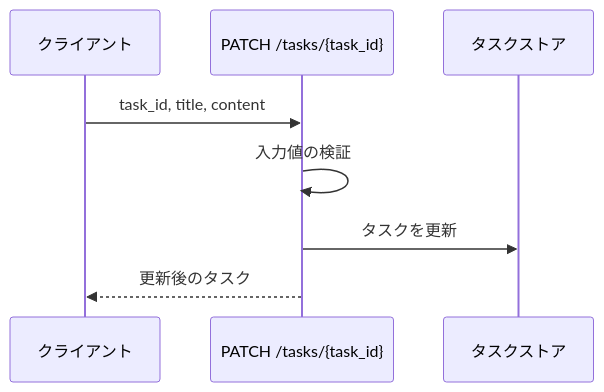
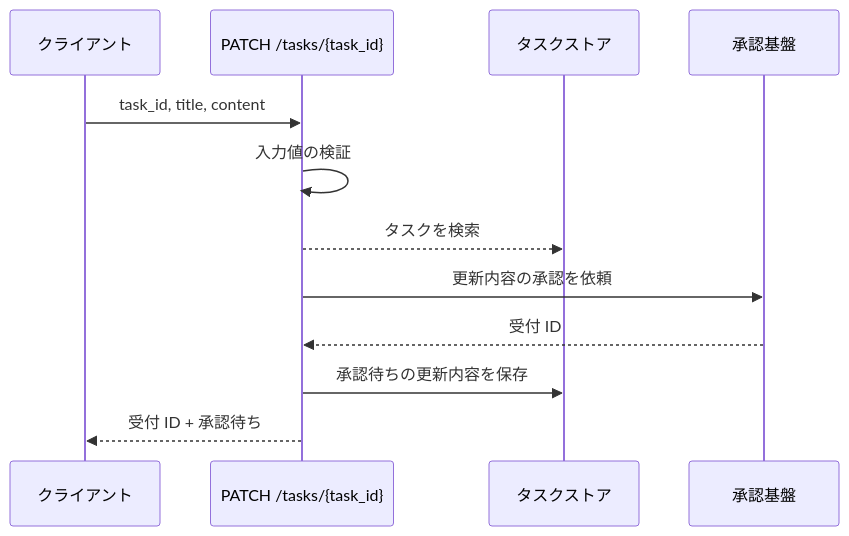
One commit to shuhei1101/ai-monitor-e2e changed the first of 4 diagrams in docs/wiki/設計図/バックエンド結合/タスク更新.py.md. Above: the diagram before and after it, drawn with Mermaid. The commit also changed other lines of this file and 2 other files, not shown here.

````diff
--- a/docs/wiki/設計図/バックエンド結合/タスク更新.py.md
+++ b/docs/wiki/設計図/バックエンド結合/タスク更新.py.md
@@ -55,11 +64,15 @@
 ```mermaid
 sequenceDiagram
   participant C as クライアント
   participant IF as PATCH /tasks/{task_id}
   participant DB as タスクストア
+  participant AP as 承認基盤
 
   C->>IF: task_id, title, content
   IF->>IF: 入力値の検証
-  IF->>DB: タスクを更新
-  IF-->>C: 更新後のタスク
+  IF-->>DB: タスクを検索
+  IF->>AP: 更新内容の承認を依頼
+  AP-->>IF: 受付 ID
+  IF->>DB: 承認待ちの更新内容を保存
+  IF-->>C: 受付 ID + 承認待ち
 ```
````
